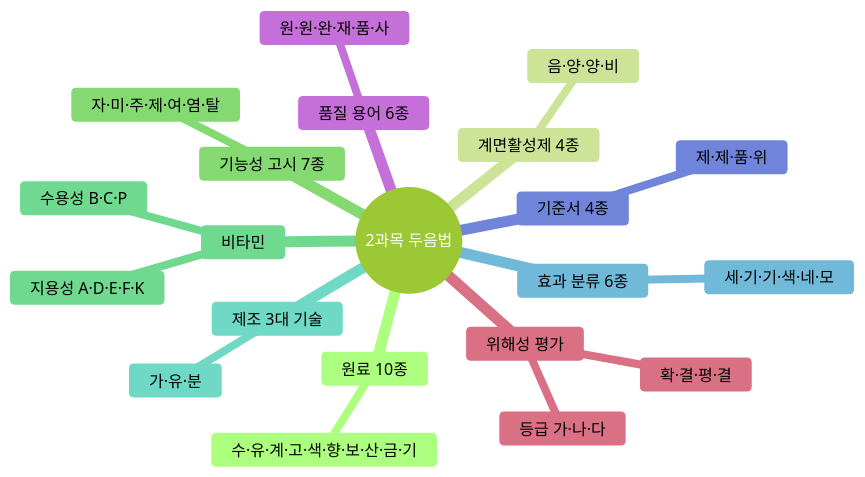
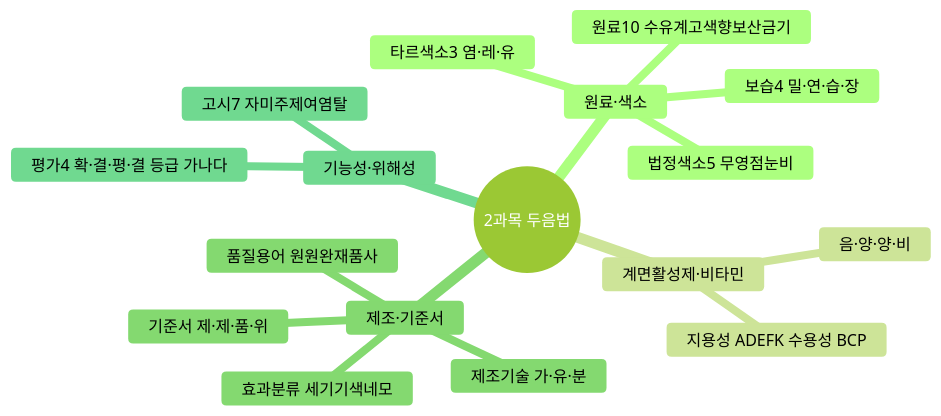
The second of 5 diagrams in content/두음법_암기_총정리.md (skygoldlee-cyber/Personalized_Skincare), drawn with Mermaid (forest theme) before and after one commit. The commit also changed other lines of this file and 1 other file, not shown here.

````diff
--- a/content/두음법_암기_총정리.md
+++ b/content/두음법_암기_총정리.md
@@ -54,24 +62,20 @@
 ```mermaid
 mindmap
  root((2과목 두음법))
-  원료 10종
-   수·유·계·고·색·향·보·산·금·기
-  계면활성제 4종
+  원료·색소
+   원료10 수유계고색향보산금기
+   보습4 밀·연·습·장
+   타르색소3 염·레·유
+   법정색소5 무영점눈비
+  계면활성제·비타민
    음·양·양·비
-  기능성 고시 7종
-   자·미·주·제·여·염·탈
-  비타민
-   지용성 A·D·E·F·K
-   수용성 B·C·P
-  제조 3대 기술
-   가·유·분
-  효과 분류 6종
-   세·기·기·색·네·모
-  기준서 4종
-   제·제·품·위
-  품질 용어 6종
-   원·원·완·재·품·사
-  위해성 평가
-   확·결·평·결
-   등급 가·나·다
+   지용성 ADEFK 수용성 BCP
+  제조·기준서
+   제조기술 가·유·분
+   효과분류 세기기색네모
+   기준서 제·제·품·위
+   품질용어 원원완재품사
+  기능성·위해성
+   고시7 자미주제여염탈
+   평가4 확·결·평·결 등급 가나다
 ```
````
